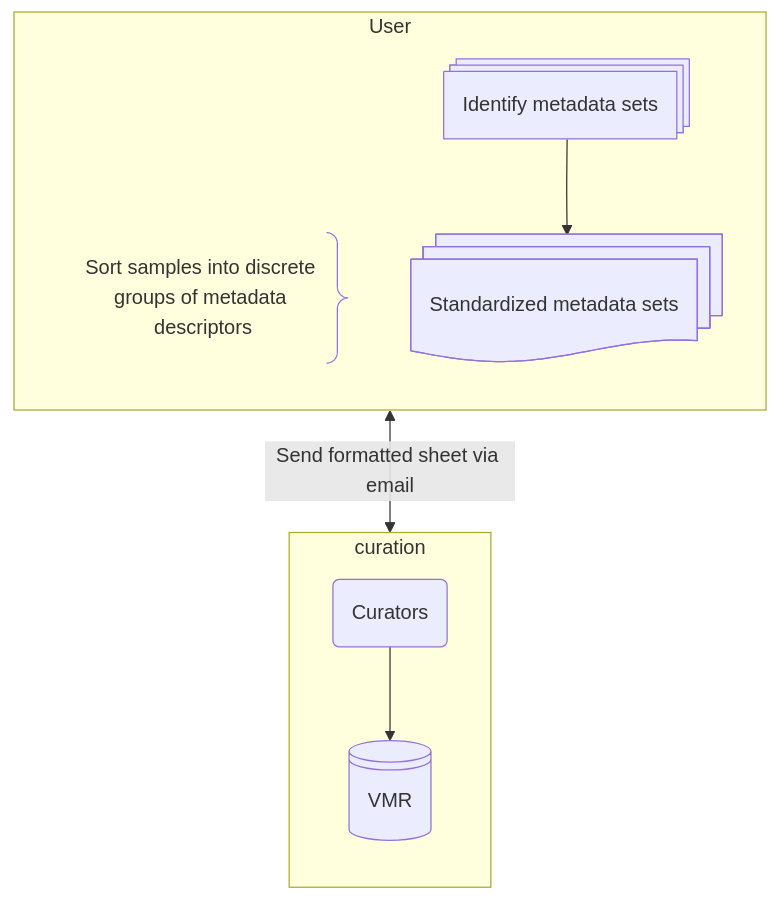
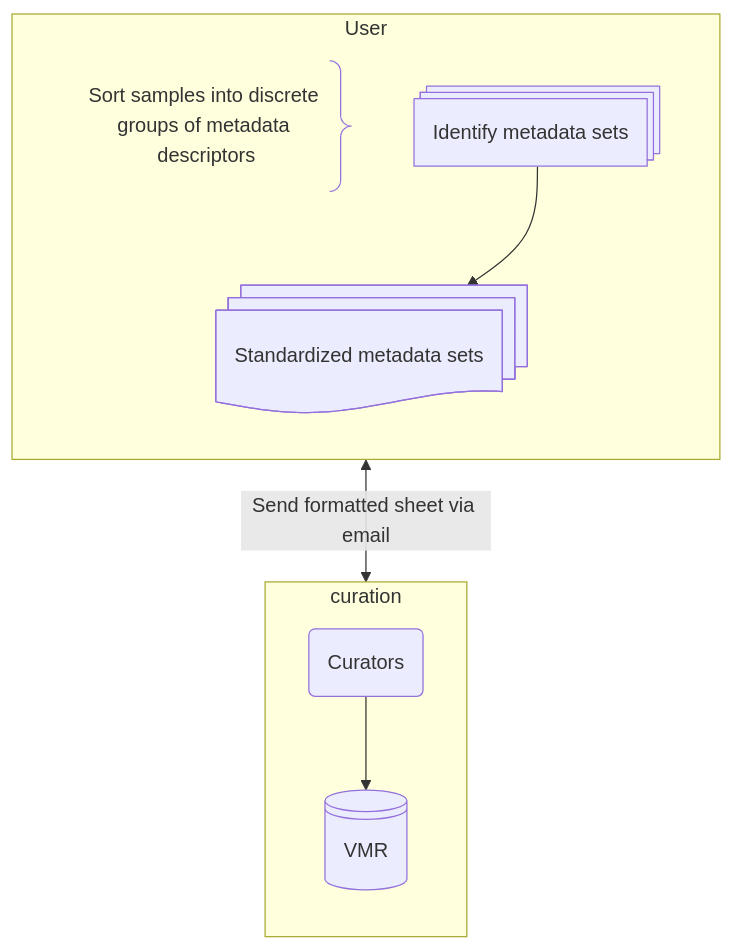
Before and after one commit to grdi-amr/docs-and-SOPs: the second of 2 diagrams in metadata_standards_sop.md, drawn with Mermaid.

Commit message:
Adds invisible link for positing

````diff
--- a/metadata_standards_sop.md
+++ b/metadata_standards_sop.md
@@ -107,22 +107,23 @@
 ```mermaid
 
 graph TD;
 
 subgraph User
     direction TB
     A_note@{ shape: brace-r, label: "Sort samples into discrete groups of metadata descriptors"}
+    A_note ~~~ B
     A@{ shape: processes, label: "Identify metadata sets"}
     B@{ shape: docs, label: "Standardized metadata sets"}
     A --> B
 end
 
 subgraph curation
     direction TB
     curators@{ shape: rounded, label: "Curators"}
     vmr@{ shape: lin-cyl, label: "VMR" }
     curators --> vmr
 end
 
 A <-- "Send formatted sheet via email" --> curators
 
 ```
````
